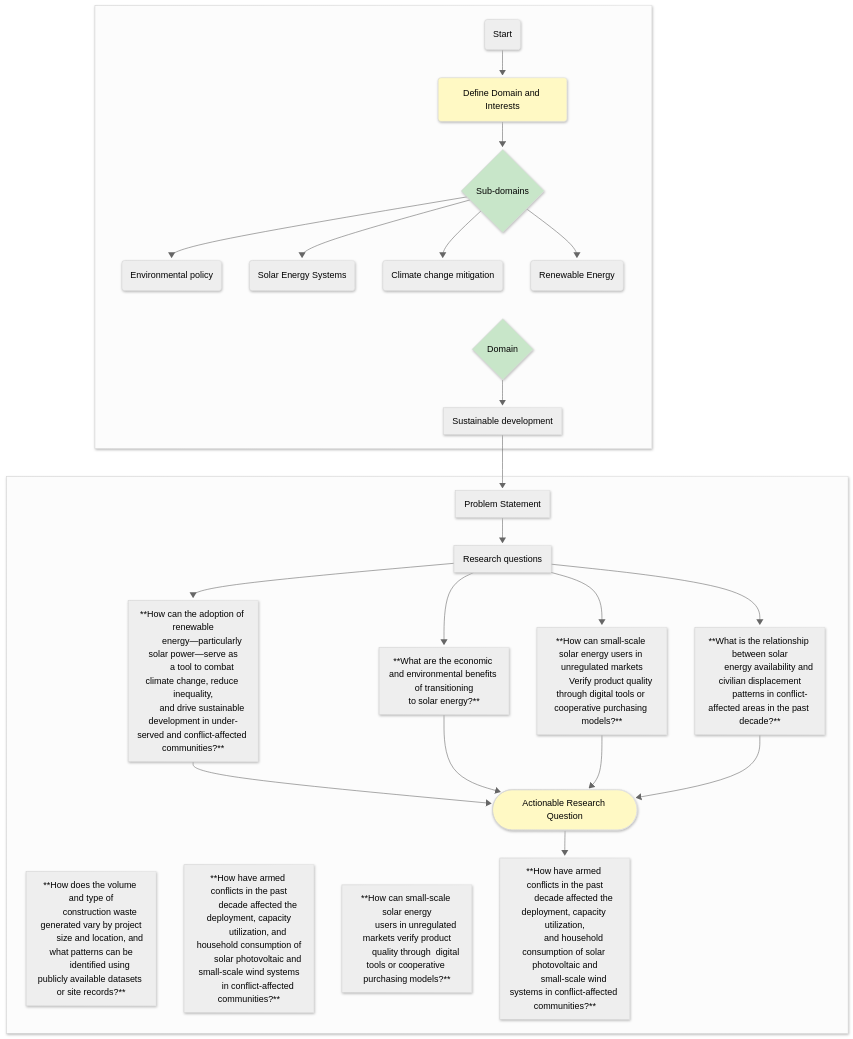
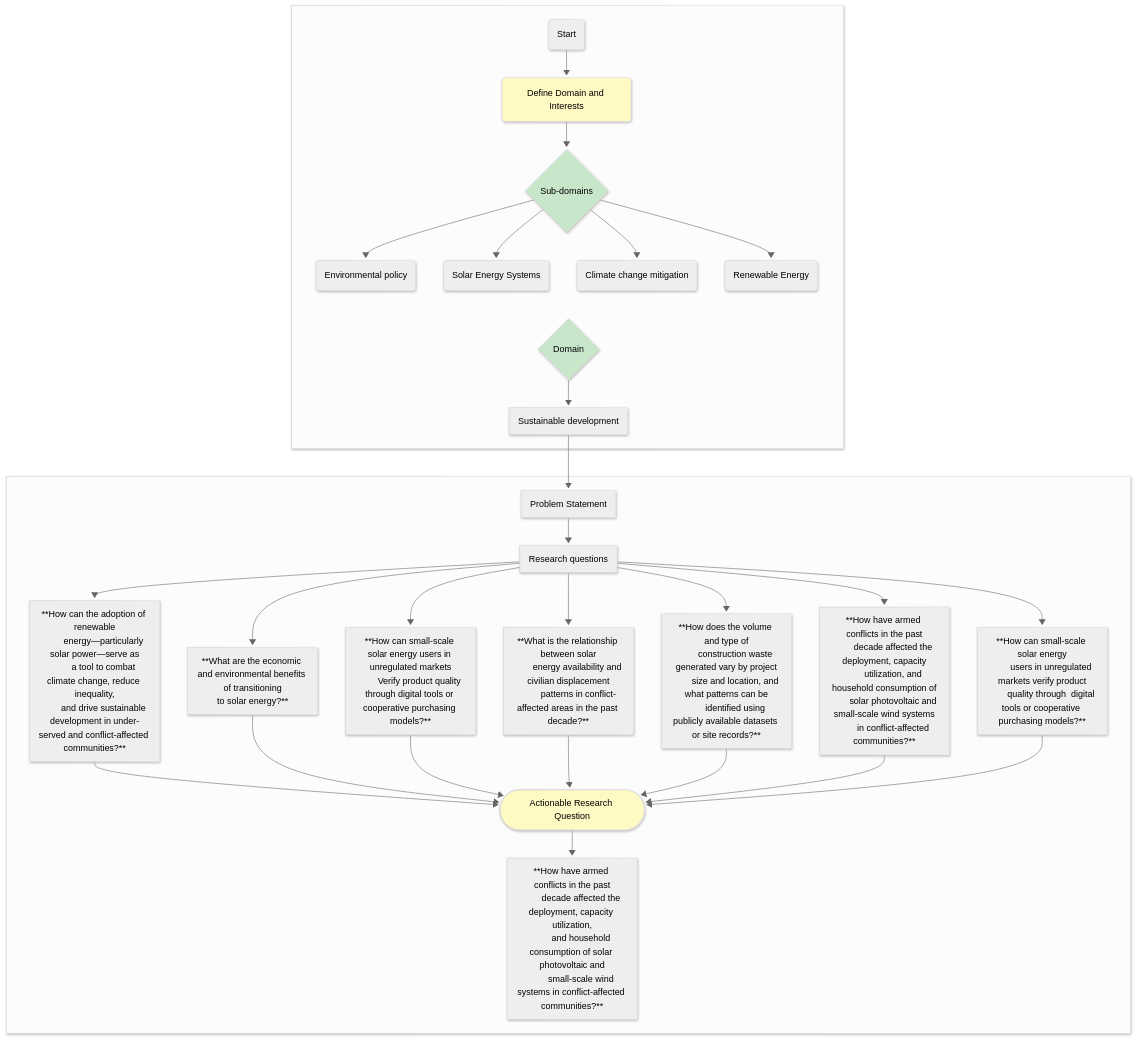
The diagram in 0_domain_study/progress.md (MIT-Emerging-Talent/ET6-CDSP-starter), drawn with Mermaid before and after one commit.

Commit message:
fix aligments

````diff
--- a/0_domain_study/progress.md
+++ b/0_domain_study/progress.md
@@ -7,71 +7,71 @@
 ```mermaid
 ---
 config:
   theme: neutral
   look: neo
 ---
 flowchart TB
  subgraph s1[" "]
         B{"Sub-domains"}
         A("Define Domain and Interests")
         BA("Environmental policy")
         BB("Solar Energy Systems")
         BC("Climate change mitigation")
         BD("Renewable Energy")
         C{"Domain"}
         D["Sustainable development"]
         nn("Start")
   end
  subgraph s[" "]
         n1["Problem Statement"]
         n2["Research questions"]
         n3["**How can the adoption of renewable
         energy—particularly solar power—serve as
         a tool to combat climate change, reduce inequality,
         and drive sustainable development in under-served and conflict-affected communities?**"]
         n31["**What are the economic and environmental benefits of transitioning
 to solar energy?**"]
         n32["
         **How can small-scale solar energy users in unregulated markets
         Verify product quality through digital tools or cooperative purchasing models?**"]
         n33["**What is the relationship between solar
         energy availability and civilian displacement
         patterns in conflict-affected areas in the past decade?**"]
         n34["**How does the volume and type of
         construction waste generated vary by project
         size and location, and what patterns can be
         identified using publicly available datasets or site records?**"]
         n35["**How have armed conflicts in the past
         decade affected the deployment, capacity
         utilization, and household consumption of
         solar photovoltaic and small‐scale wind systems
         in conflict‐affected communities?**"]
         n36["**How can small-scale solar energy
         users in unregulated markets verify product
         quality through  digital tools or cooperative purchasing models?**"]
         n4(["Actionable Research Question"])
         n5["**How have armed conflicts in the past
         decade affected the deployment, capacity utilization,
         and household consumption of solar photovoltaic and
         small‐scale wind systems in conflict‐affected communities?**"]
   end
     A --> B
     B --> BA & BB & BC & BD
     BA ~~~ C
     BB ~~~ C
     BC ~~~ C
     BD ~~~ C
     nn --> A
     C --> D
     D --> n1
     n1 --> n2
-    n2 --> n3 & n31 & n32 & n33
-    n3 & n31 & n32 & n33 --> n4
+    n2 --> n3 & n31 & n32 & n33 & n34 & n35 & n36
+    n3 & n31 & n32 & n33 & n34 & n35 & n36 --> n4
     n4 --> n5
     style B fill:#C8E6C9
     style A fill:#FFF9C4
     style C fill:#C8E6C9
     style n3 color:#000000
     style n4 fill:#FFF9C4
 
 ```
````
